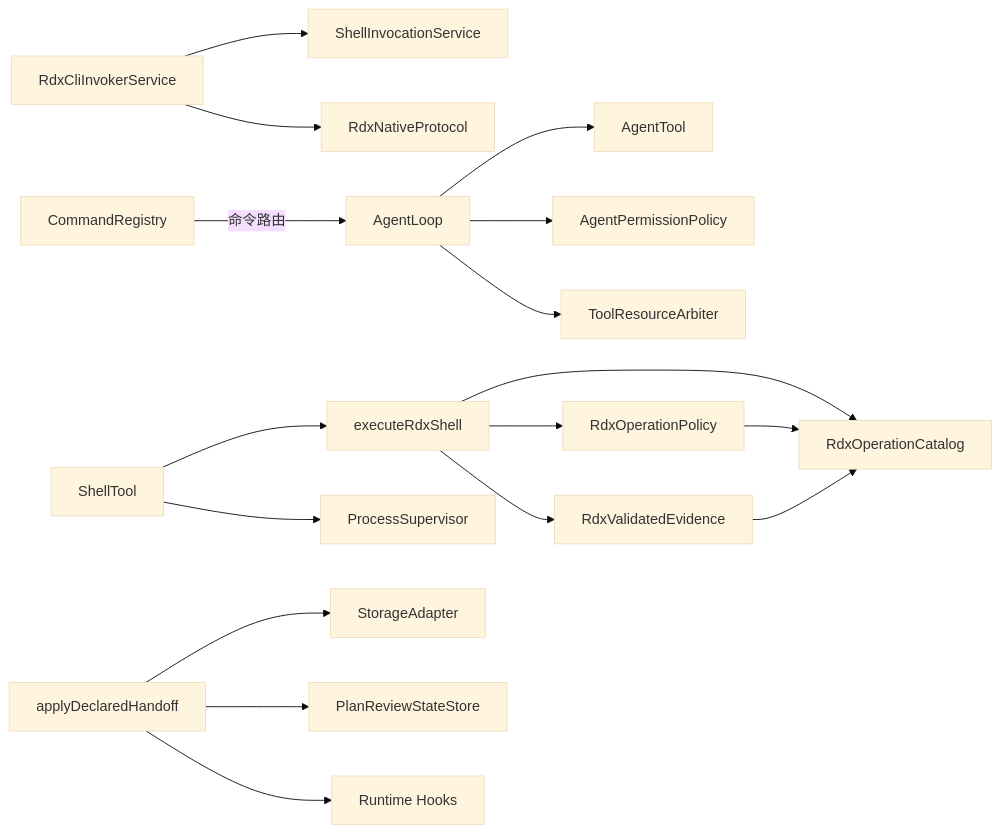
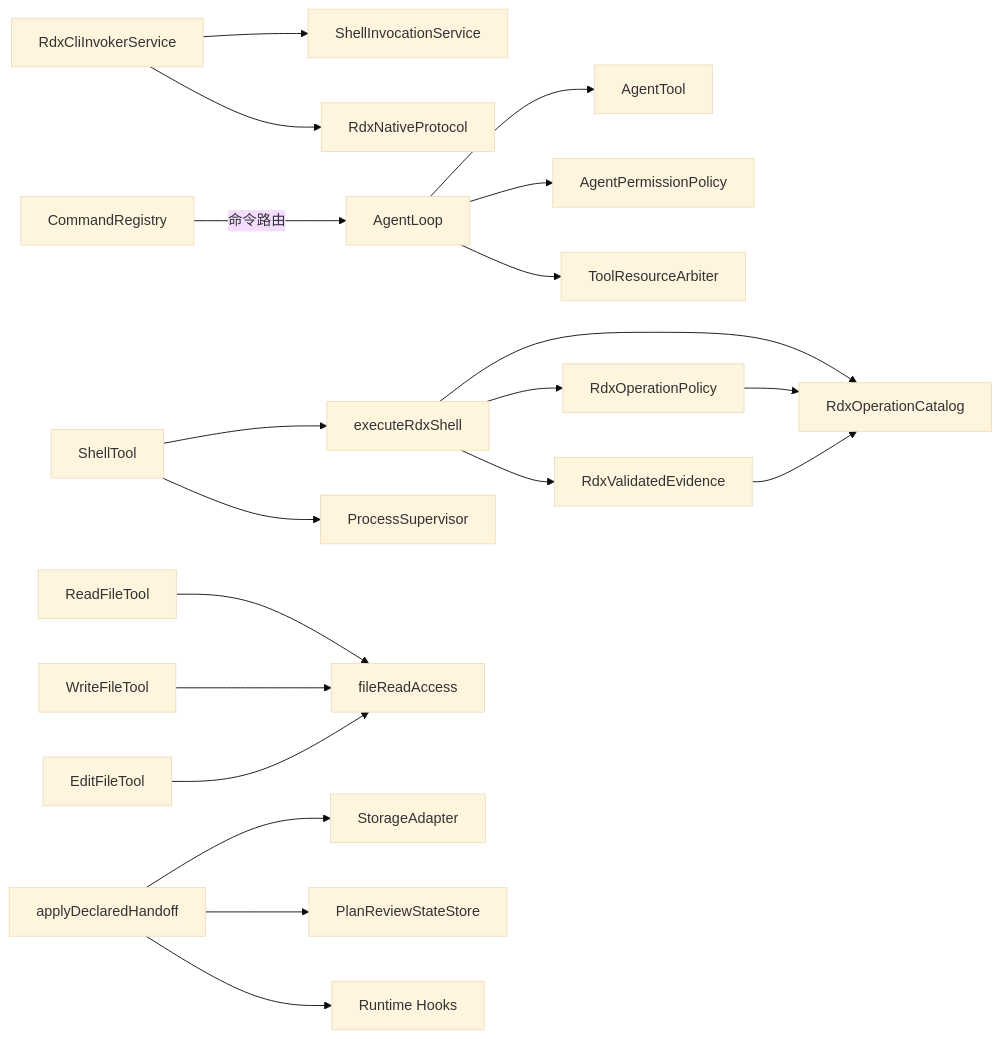
Diagram 17 of 17 in .qoder/repowiki/zh/content/核心模块/工具系统/工具系统.md (haolange/RDC-Agent), drawn with Mermaid (base theme) before and after one commit. The commit also changed other lines of this file and 85 other files, not shown here.

````diff
--- a/.qoder/repowiki/zh/content/核心模块/工具系统/工具系统.md
+++ b/.qoder/repowiki/zh/content/核心模块/工具系统/工具系统.md
@@ -641,19 +721,22 @@
 ```mermaid
 graph LR
 RL["RdxCliInvokerService"] --> SI["ShellInvocationService"]
 RL --> RP["RdxNativeProtocol"]
 AL["AgentLoop"] --> AT["AgentTool"]
 AL --> AP["AgentPermissionPolicy"]
 AL --> TR["ToolResourceArbiter"]
 ST["ShellTool"] --> ER["executeRdxShell"]
 ST --> PS["ProcessSupervisor"]
 CR["CommandRegistry"] --> |"命令路由"| AL
+RF["ReadFileTool"] --> FRA["fileReadAccess"]
+WF["WriteFileTool"] --> FRA
+EF["EditFileTool"] --> FRA
 ADH["applyDeclaredHandoff"] --> SA["StorageAdapter"]
 ADH --> PRSS["PlanReviewStateStore"]
 ADH --> RH["Runtime Hooks"]
 ER --> RC["RdxOperationCatalog"]
 ER --> OP["RdxOperationPolicy"]
 ER --> EV["RdxValidatedEvidence"]
 OP --> RC
 EV --> RC
 ```
````
